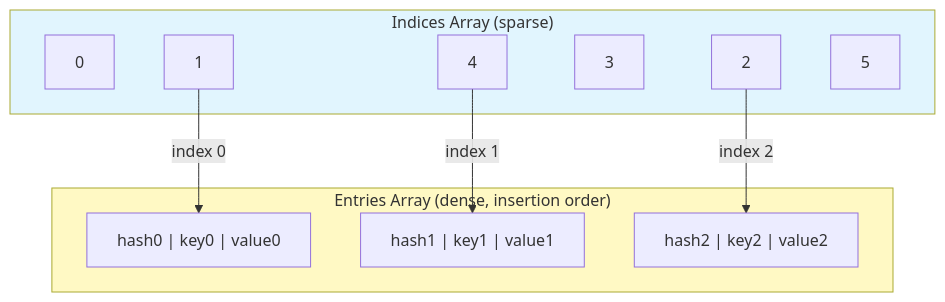
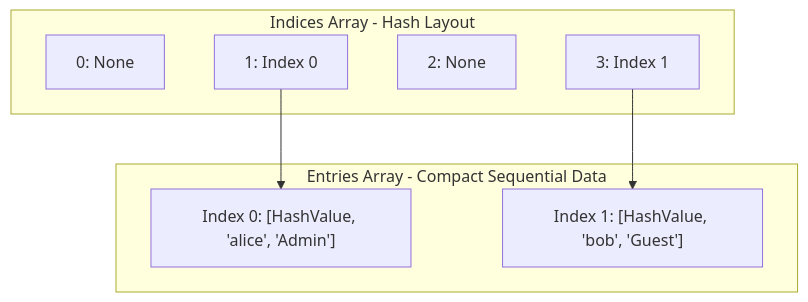
One commit to SonaniAkshit/python-foundation changed the second of 2 diagrams in 02.Strings & Collections/Notes/07.Dictionaries.md. Above: the diagram before and after it, drawn with Mermaid. The commit also changed other lines of this file, not shown here.

````diff
--- a/02.Strings & Collections/Notes/07.Dictionaries.md
+++ b/02.Strings & Collections/Notes/07.Dictionaries.md
@@ -114,21 +132,18 @@
 ```mermaid
 graph TD
-    subgraph Indices_Array["Indices Array (sparse)"]
-        I0["0"]
-        I1["1"]
-        I2["2"]
-        I3["3"]
-        I4["4"]
-        I5["5"]
+    subgraph Indices Array - Hash Layout
+        idx0["0: None"]
+        idx1["1: Index 0"]
+        idx2["2: None"]
+        idx3["3: Index 1"]
     end
-    subgraph Entries_Array["Entries Array (dense, insertion order)"]
-        E0["hash0 | key0 | value0"]
-        E1["hash1 | key1 | value1"]
-        E2["hash2 | key2 | value2"]
+
+    subgraph Entries Array - Compact Sequential Data
+        entry0["Index 0: [HashValue, 'alice', 'Admin']"]
+        entry1["Index 1: [HashValue, 'bob', 'Guest']"]
     end
-    I1 -->|index 0| E0
-    I4 -->|index 1| E1
-    I2 -->|index 2| E2
-    style Indices_Array fill:#e1f5fe
-    style Entries_Array fill:#fff9c4
+
+    idx1 --> entry0
+    idx3 --> entry1
+
 ```
````
